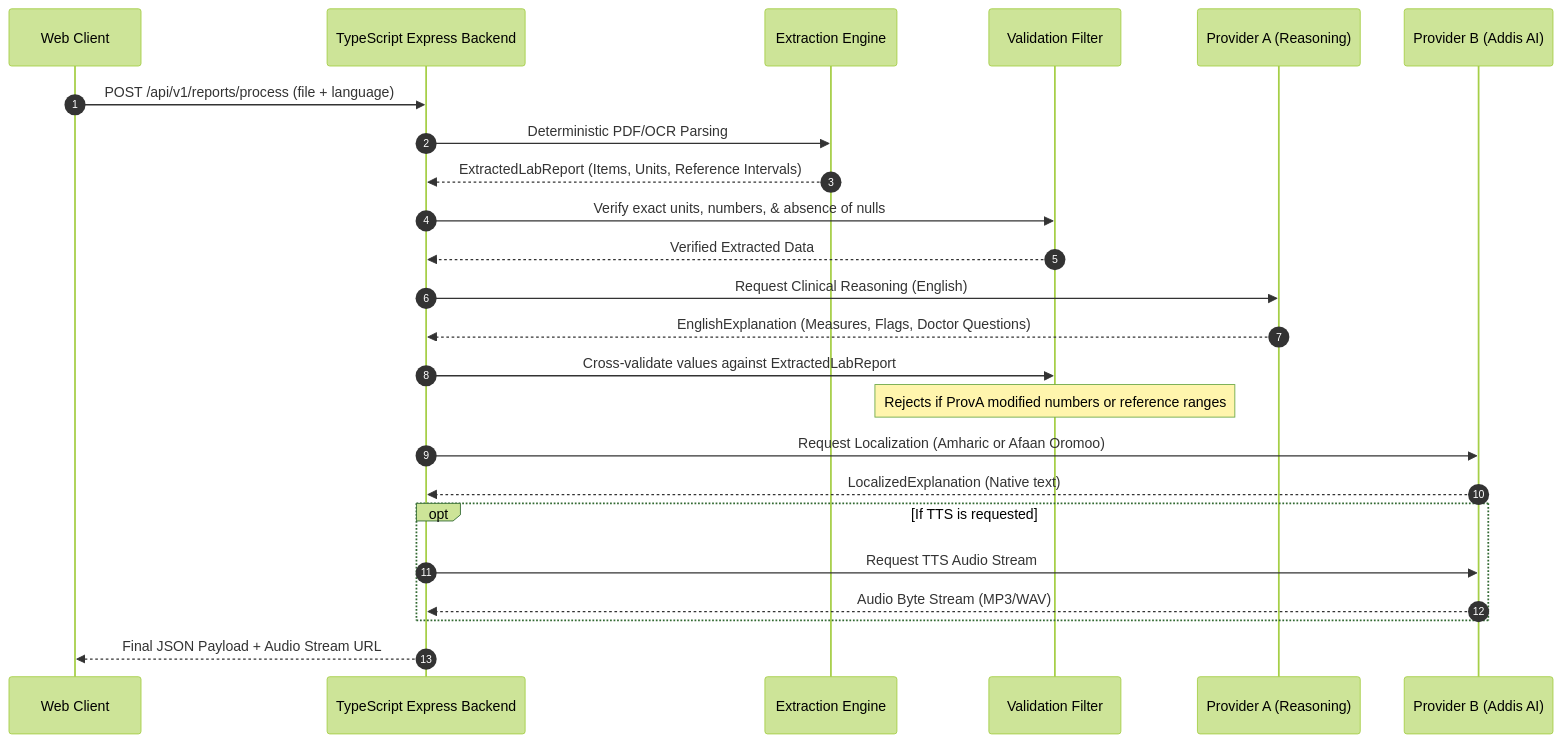
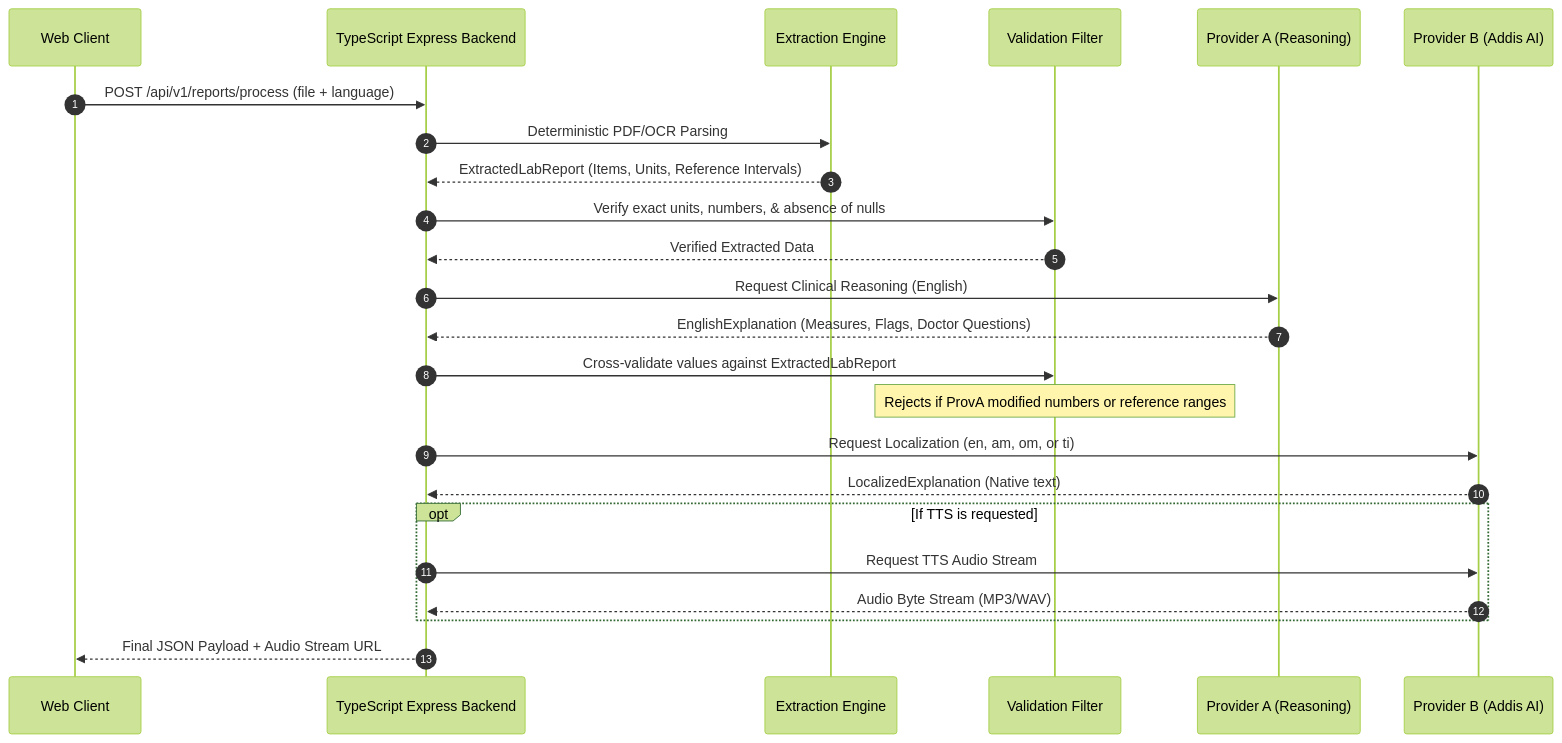
The third of 3 diagrams in docs/architecture.md (Eliphaz21/Lisan_Health), drawn with Mermaid (forest theme) before and after one commit. The commit also changed other lines of this file and 8 other files, not shown here.

````diff
--- a/docs/architecture.md
+++ b/docs/architecture.md
@@ -70,33 +70,33 @@
 ```mermaid
 sequenceDiagram
     autonumber
     participant Client as Web Client
     participant API as TypeScript Express Backend
     participant Extract as Extraction Engine
     participant Filter as Validation Filter
     participant ProvA as Provider A (Reasoning)
     participant Addis as Provider B (Addis AI)
 
     Client->>API: POST /api/v1/reports/process (file + language)
     API->>Extract: Deterministic PDF/OCR Parsing
     Extract-->>API: ExtractedLabReport (Items, Units, Reference Intervals)
     
     API->>Filter: Verify exact units, numbers, & absence of nulls
     Filter-->>API: Verified Extracted Data
     
     API->>ProvA: Request Clinical Reasoning (English)
     ProvA-->>API: EnglishExplanation (Measures, Flags, Doctor Questions)
     
     API->>Filter: Cross-validate values against ExtractedLabReport
     Note over Filter: Rejects if ProvA modified numbers or reference ranges
     
-    API->>Addis: Request Localization (Amharic or Afaan Oromoo)
+    API->>Addis: Request Localization (en, am, om, or ti)
     Addis-->>API: LocalizedExplanation (Native text)
     
     opt If TTS is requested
         API->>Addis: Request TTS Audio Stream
         Addis-->>API: Audio Byte Stream (MP3/WAV)
     end
     
     API-->>Client: Final JSON Payload + Audio Stream URL
 ```
````
